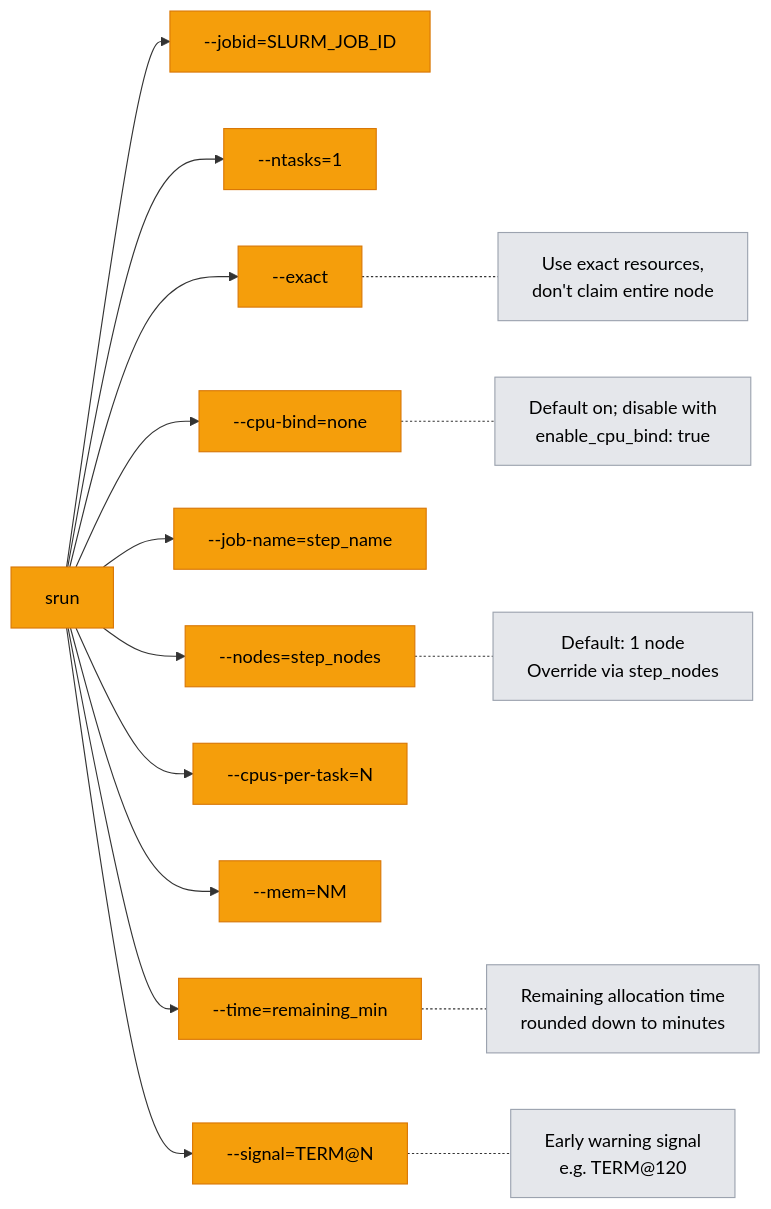
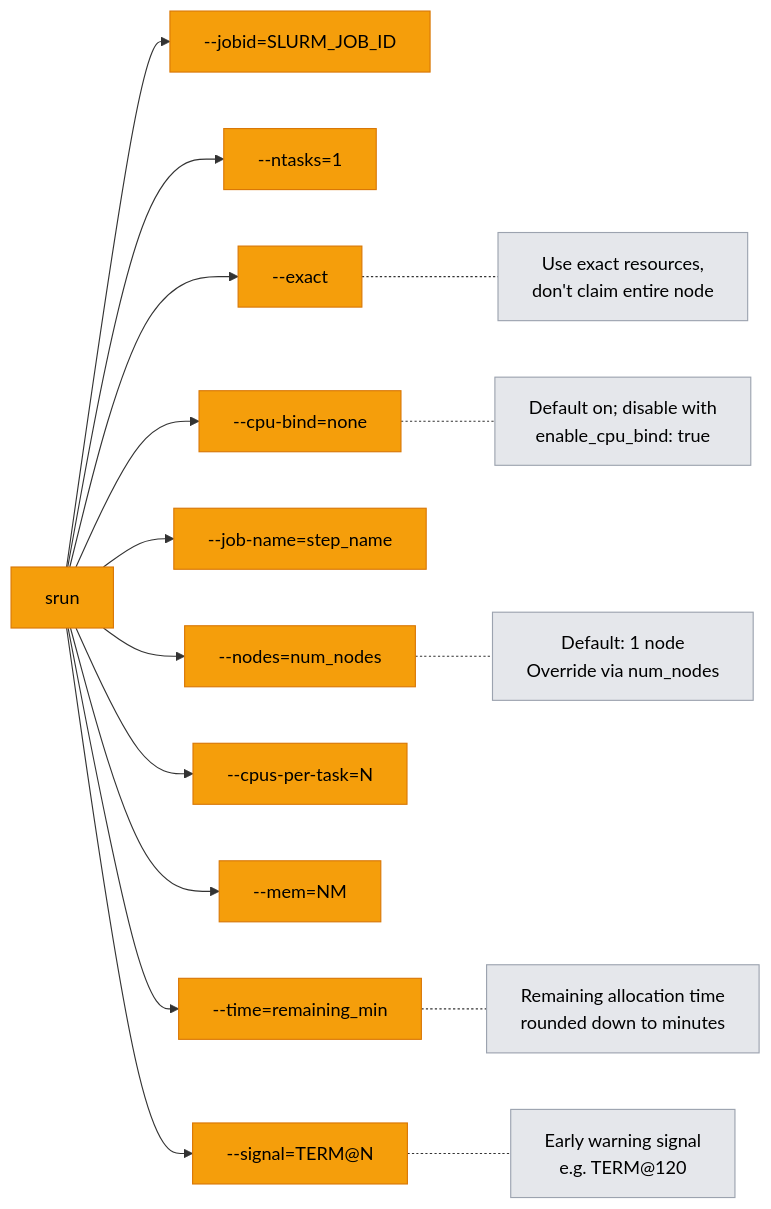
One commit to nreinicke/torc changed the second of 6 diagrams in docs/src/specialized/design/srun-monitoring.md. Above: the diagram before and after it, drawn with Mermaid. The commit also changed other lines of this file and 32 other files, not shown here.

Commit message:
Remove redundant step_nodes field (#197)

````diff
--- a/docs/src/specialized/design/srun-monitoring.md
+++ b/docs/src/specialized/design/srun-monitoring.md
@@ -66,35 +66,35 @@
 ```mermaid
 flowchart LR
     classDef flag fill:#f59e0b,color:#000,stroke:#d97706
     classDef note fill:#e5e7eb,color:#000,stroke:#9ca3af
 
     SRUN[srun]:::flag
     JOBID["--jobid=SLURM_JOB_ID"]:::flag
     NT["--ntasks=1"]:::flag
     EX["--exact"]:::flag
     CB["--cpu-bind=none"]:::flag
     JN["--job-name=step_name"]:::flag
-    ND["--nodes=step_nodes"]:::flag
+    ND["--nodes=num_nodes"]:::flag
     CPU["--cpus-per-task=N"]:::flag
     MEM["--mem=NM"]:::flag
     TIME["--time=remaining_min"]:::flag
     SIG["--signal=TERM@N"]:::flag
 
     SRUN --> JOBID
     SRUN --> NT
     SRUN --> EX
     SRUN --> CB
     SRUN --> JN
     SRUN --> ND
 
     EX -.- N0["Use exact resources,<br/>don't claim entire node"]:::note
-    ND -.- N1["Default: 1 node<br/>Override via step_nodes"]:::note
+    ND -.- N1["Default: 1 node<br/>Override via num_nodes"]:::note
     CB -.- N2["Default on; disable with<br/>enable_cpu_bind: true"]:::note
     TIME -.- N4["Remaining allocation time<br/>rounded down to minutes"]:::note
     SIG -.- N5["Early warning signal<br/>e.g. TERM@120"]:::note
 
     SRUN --> CPU
     SRUN --> MEM
     SRUN --> TIME
     SRUN --> SIG
 ```
````
